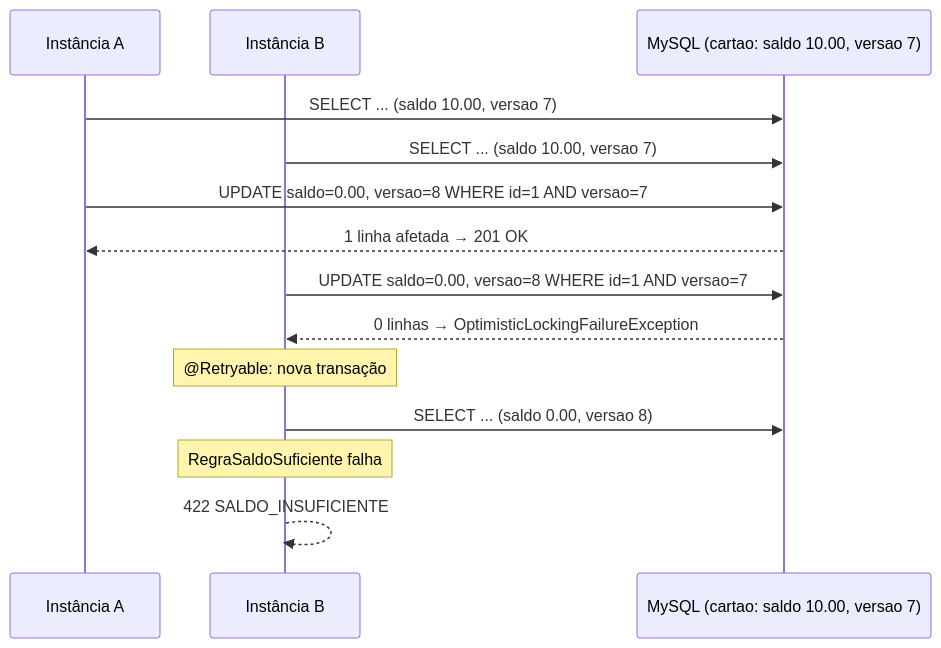
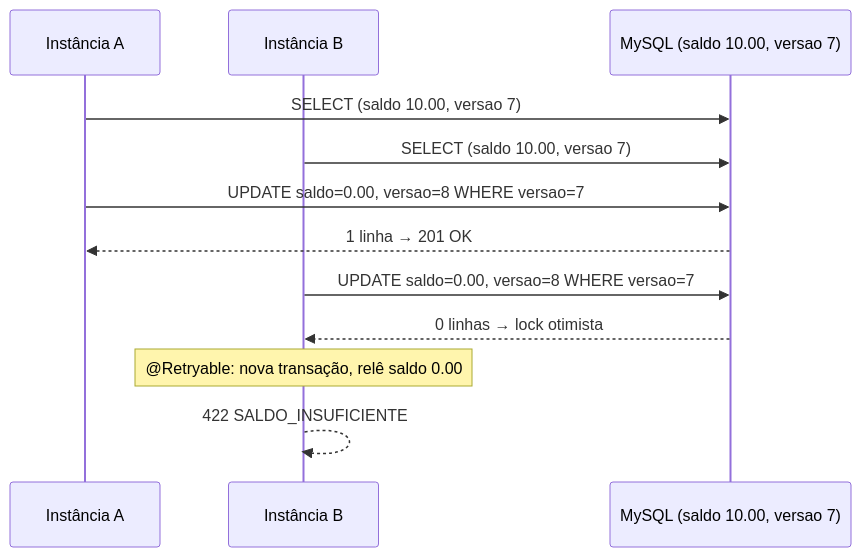
One commit to lecoibr/mini-autorizador-eric changed the diagram in README.md. Above: the diagram before and after it, drawn with Mermaid. The commit also changed other lines of this file and 1 other file, not shown here.

````diff
--- a/README.md
+++ b/README.md
@@ -254,16 +136,14 @@
 ```mermaid
 sequenceDiagram
     participant A as Instância A
     participant B as Instância B
-    participant DB as MySQL (cartao: saldo 10.00, versao 7)
-    A->>DB: SELECT ... (saldo 10.00, versao 7)
-    B->>DB: SELECT ... (saldo 10.00, versao 7)
-    A->>DB: UPDATE saldo=0.00, versao=8 WHERE id=1 AND versao=7
-    DB-->>A: 1 linha afetada → 201 OK
-    B->>DB: UPDATE saldo=0.00, versao=8 WHERE id=1 AND versao=7
-    DB-->>B: 0 linhas → OptimisticLockingFailureException
-    Note over B: @Retryable: nova transação
-    B->>DB: SELECT ... (saldo 0.00, versao 8)
-    Note over B: RegraSaldoSuficiente falha
+    participant DB as MySQL (saldo 10.00, versao 7)
+    A->>DB: SELECT (saldo 10.00, versao 7)
+    B->>DB: SELECT (saldo 10.00, versao 7)
+    A->>DB: UPDATE saldo=0.00, versao=8 WHERE versao=7
+    DB-->>A: 1 linha → 201 OK
+    B->>DB: UPDATE saldo=0.00, versao=8 WHERE versao=7
+    DB-->>B: 0 linhas → lock otimista
+    Note over B: @Retryable: nova transação, relê saldo 0.00
     B-->>B: 422 SALDO_INSUFICIENTE
 ```
````
